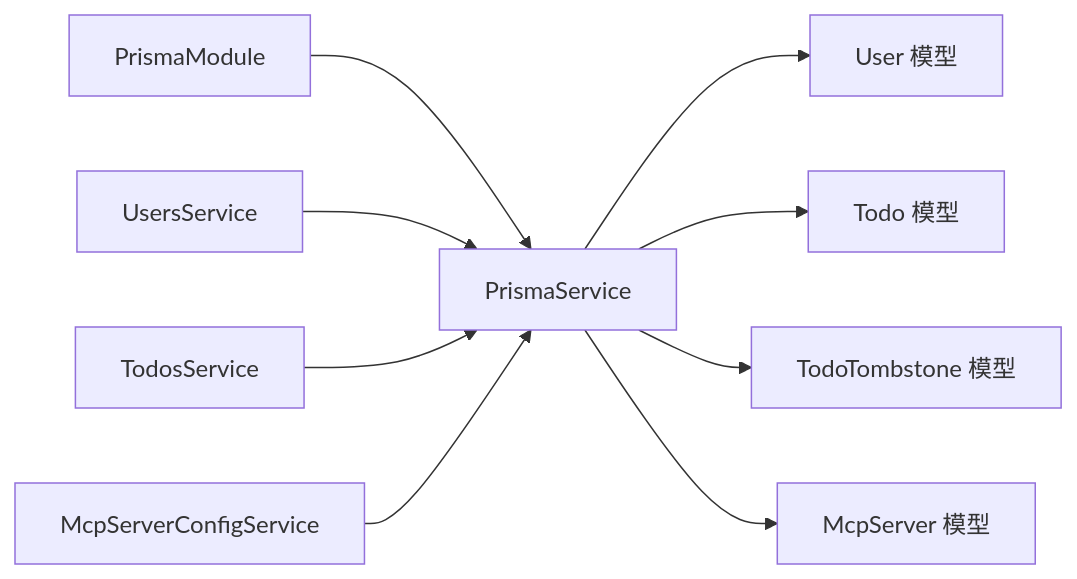
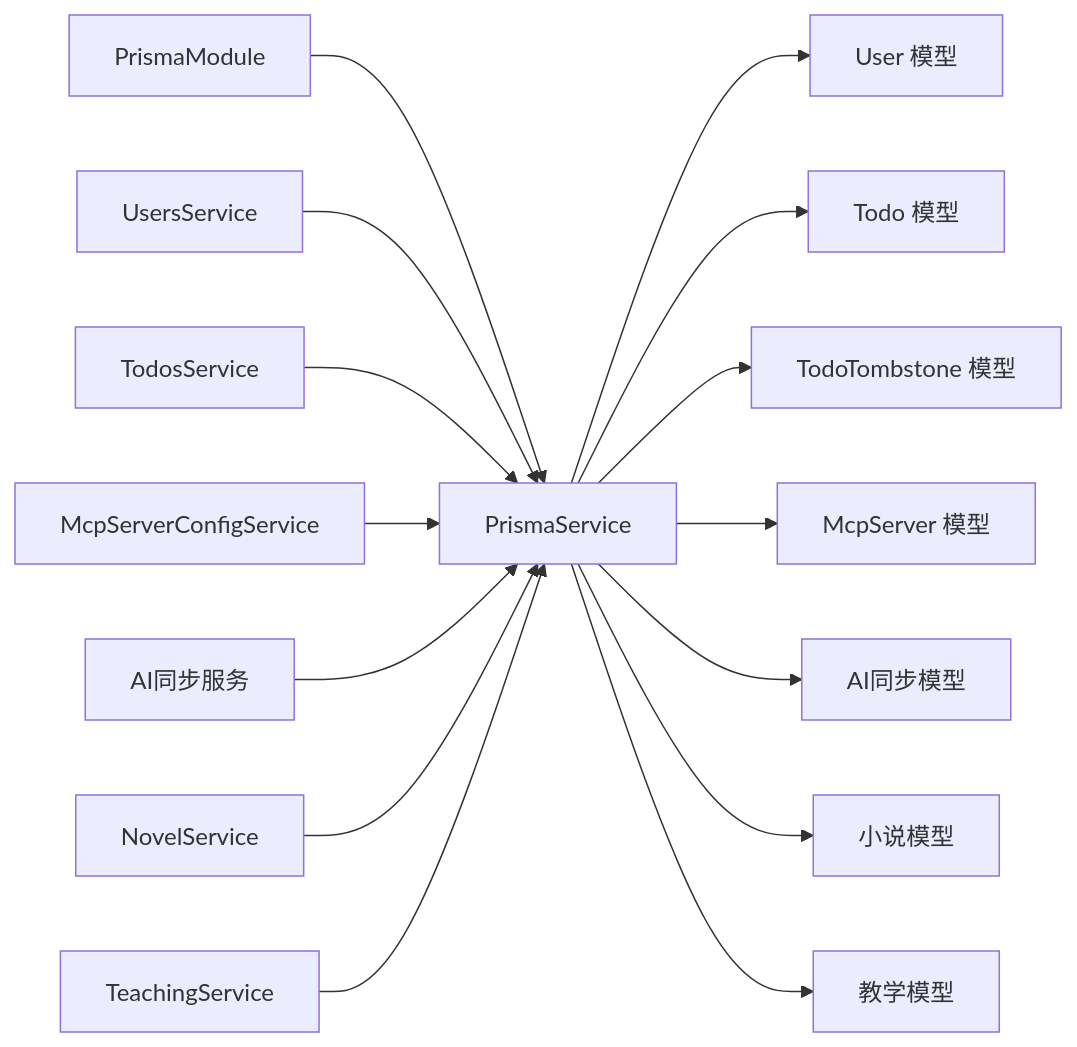
One commit to xixixiaoyu/Todo changed the fifth of 5 diagrams in .qoder/repowiki/zh/content/数据库设计.md. Above: the diagram before and after it, drawn with Mermaid. The commit also changed other lines of this file and 12 other files, not shown here.

````diff
--- a/.qoder/repowiki/zh/content/数据库设计.md
+++ b/.qoder/repowiki/zh/content/数据库设计.md
@@ -258,11 +532,17 @@
 ```mermaid
 graph LR
 PM["PrismaModule"] --> PS["PrismaService"]
 PS --> U["User 模型"]
 PS --> T["Todo 模型"]
 PS --> MT["TodoTombstone 模型"]
 PS --> M["McpServer 模型"]
+PS --> AI["AI同步模型"]
+PS --> NOV["小说模型"]
+PS --> TEA["教学模型"]
 USvc["UsersService"] --> PS
 TSvc["TodosService"] --> PS
 MSvc["McpServerConfigService"] --> PS
+AISvc["AI同步服务"] --> PS
+NSvc["NovelService"] --> PS
+TSvc2["TeachingService"] --> PS
 ```
````
